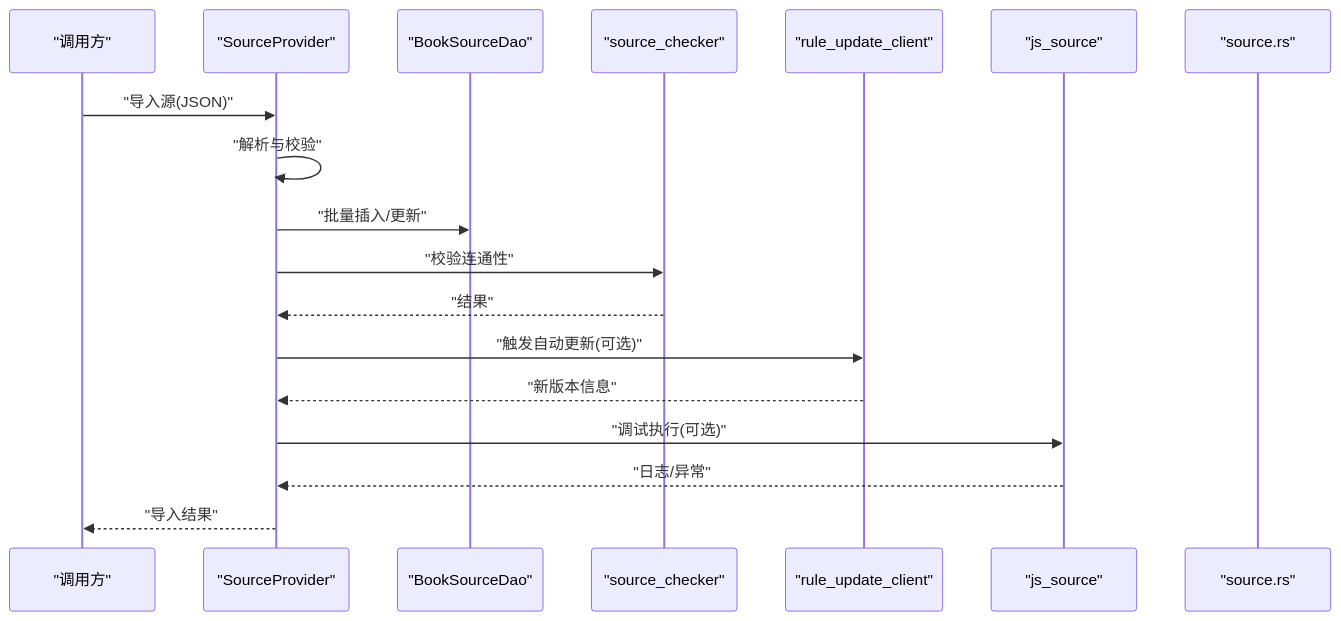
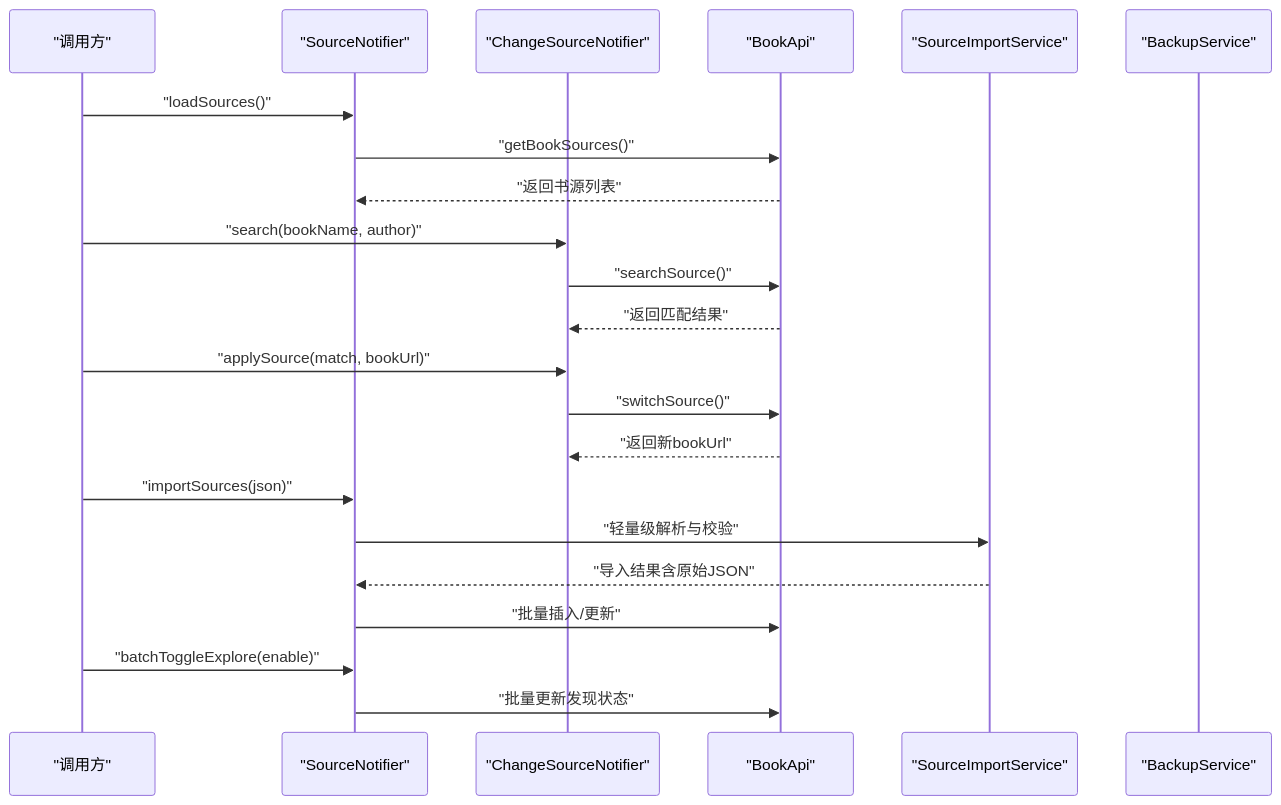
The second of 9 diagrams in .qoder/repowiki/zh/content/Flutter跨平台应用/状态管理/源Provider/源Provider.md (ZhangGHGitHub/LegadoTeamFlutter), drawn with Mermaid before and after one commit. The commit also changed other lines of this file and 173 other files, not shown here.

````diff
--- a/.qoder/repowiki/zh/content/Flutter跨平台应用/状态管理/源Provider/源Provider.md
+++ b/.qoder/repowiki/zh/content/Flutter跨平台应用/状态管理/源Provider/源Provider.md
@@ -97,20 +115,24 @@
 ```mermaid
 sequenceDiagram
 participant UI as "调用方"
-participant Provider as "SourceProvider"
-participant DAO as "BookSourceDao"
-participant Checker as "source_checker"
-participant Updater as "rule_update_client"
-participant JS as "js_source"
-participant FFI as "source.rs"
-UI->>Provider : "导入源(JSON)"
-Provider->>Provider : "解析与校验"
-Provider->>DAO : "批量插入/更新"
-Provider->>Checker : "校验连通性"
-Checker-->>Provider : "结果"
-Provider->>Updater : "触发自动更新(可选)"
-Updater-->>Provider : "新版本信息"
-Provider->>JS : "调试执行(可选)"
-JS-->>Provider : "日志/异常"
-Provider-->>UI : "导入结果"
+participant SourceNotifier as "SourceNotifier"
+participant ChangeSourceNotifier as "ChangeSourceNotifier"
+participant BookApi as "BookApi"
+participant ImportService as "SourceImportService"
+participant BackupService as "BackupService"
+UI->>SourceNotifier : "loadSources()"
+SourceNotifier->>BookApi : "getBookSources()"
+BookApi-->>SourceNotifier : "返回书源列表"
+UI->>ChangeSourceNotifier : "search(bookName, author)"
+ChangeSourceNotifier->>BookApi : "searchSource()"
+BookApi-->>ChangeSourceNotifier : "返回匹配结果"
+UI->>ChangeSourceNotifier : "applySource(match, bookUrl)"
+ChangeSourceNotifier->>BookApi : "switchSource()"
+BookApi-->>ChangeSourceNotifier : "返回新bookUrl"
+UI->>SourceNotifier : "importSources(json)"
+SourceNotifier->>ImportService : "轻量级解析与校验"
+ImportService-->>SourceNotifier : "导入结果含原始JSON"
+SourceNotifier->>BookApi : "批量插入/更新"
+UI->>SourceNotifier : "batchToggleExplore(enable)"
+SourceNotifier->>BookApi : "批量更新发现状态"
 ```
````
